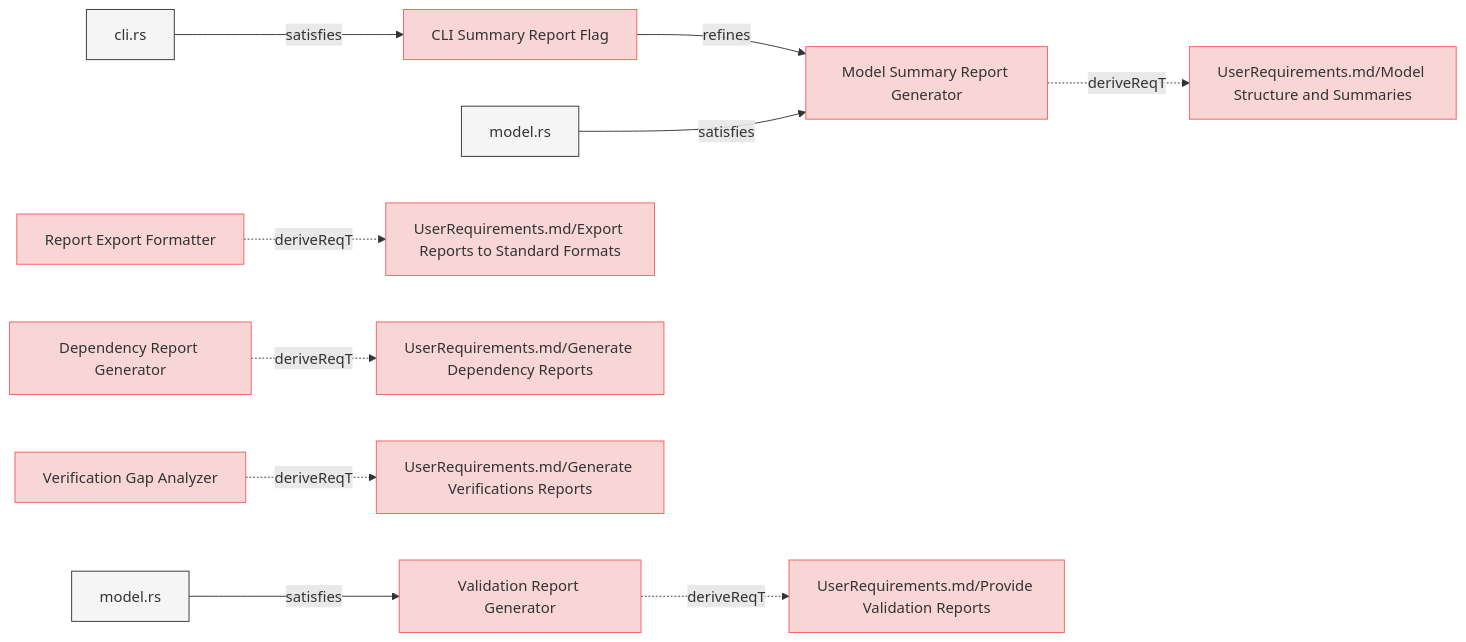
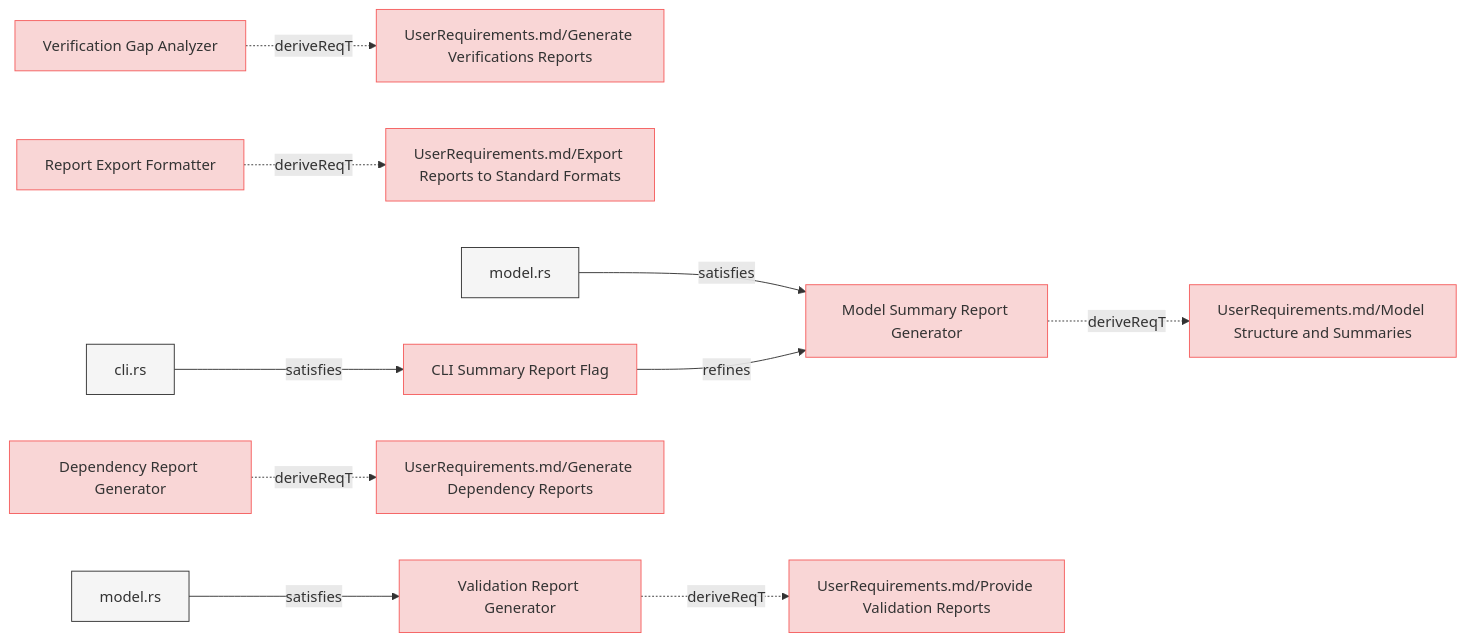
The eighth of 8 diagrams in specifications/SystemRequirements/Requirements.md (reqvire-org/reqvire), drawn with Mermaid before and after one commit. The commit also changed other lines of this file and 14 other files, not shown here.

Commit message:
Diagram fixes

````diff
--- a/specifications/SystemRequirements/Requirements.md
+++ b/specifications/SystemRequirements/Requirements.md
@@ -980,60 +980,60 @@
 ```mermaid
 graph LR;
   %% Graph styling
   classDef requirement fill:#f9d6d6,stroke:#f55f5f,stroke-width:1px;
   classDef verification fill:#d6f9d6,stroke:#5fd75f,stroke-width:1px;
   classDef externalLink fill:#d0e0ff,stroke:#3080ff,stroke-width:1px;
   classDef default fill:#f5f5f5,stroke:#333333,stroke-width:1px;
 
+  d842bc0e30a46408["Verification Gap Analyzer"];
+  click d842bc0e30a46408 "Requirements.md#verification-gap-analyzer";
+  class d842bc0e30a46408 requirement;
+  d0e9e8d143493413["UserRequirements.md/Generate Verifications Reports"];
+  class d0e9e8d143493413 requirement;
+  click d0e9e8d143493413 "../UserRequirements.md#generate-verifications-reports";
+  d842bc0e30a46408 -.->|deriveReqT| d0e9e8d143493413;
+  2ccb7e551054d40a["Report Export Formatter"];
+  click 2ccb7e551054d40a "Requirements.md#report-export-formatter";
+  class 2ccb7e551054d40a requirement;
+  2afa7f3a206a61b7["UserRequirements.md/Export Reports to Standard Formats"];
+  class 2afa7f3a206a61b7 requirement;
+  click 2afa7f3a206a61b7 "../UserRequirements.md#export-reports-to-standard-formats";
+  2ccb7e551054d40a -.->|deriveReqT| 2afa7f3a206a61b7;
+  cccd4e46e2b3239a["Model Summary Report Generator"];
+  click cccd4e46e2b3239a "Requirements.md#model-summary-report-generator";
+  class cccd4e46e2b3239a requirement;
+  b342220e0dc8751d["UserRequirements.md/Model Structure and Summaries"];
+  class b342220e0dc8751d requirement;
+  click b342220e0dc8751d "../UserRequirements.md#model-structure-and-summaries";
+  cccd4e46e2b3239a -.->|deriveReqT| b342220e0dc8751d;
+  6292255058880ee6["model.rs"];
+  class 6292255058880ee6 default;
+  click 6292255058880ee6 "../../core/src/reports.rs";
+  6292255058880ee6 -->|satisfies| cccd4e46e2b3239a;
   6f86272134897867["CLI Summary Report Flag"];
   click 6f86272134897867 "Requirements.md#cli-summary-report-flag";
   class 6f86272134897867 requirement;
-  cccd4e46e2b3239a["Model Summary Report Generator"];
-  class cccd4e46e2b3239a requirement;
-  click cccd4e46e2b3239a "Requirements.md#model-summary-report-generator";
   6f86272134897867 -->|refines| cccd4e46e2b3239a;
   11ffc4632afd7c4c["cli.rs"];
   class 11ffc4632afd7c4c default;
   click 11ffc4632afd7c4c "../../cli/src/cli.rs";
   11ffc4632afd7c4c -->|satisfies| 6f86272134897867;
+  57cbef16c5d7a81d["Dependency Report Generator"];
+  click 57cbef16c5d7a81d "Requirements.md#dependency-report-generator";
+  class 57cbef16c5d7a81d requirement;
+  812d42f453051272["UserRequirements.md/Generate Dependency Reports"];
+  class 812d42f453051272 requirement;
+  click 812d42f453051272 "../UserRequirements.md#generate-dependency-reports";
+  57cbef16c5d7a81d -.->|deriveReqT| 812d42f453051272;
   143766be8cc41384["Validation Report Generator"];
   click 143766be8cc41384 "Requirements.md#validation-report-generator";
   class 143766be8cc41384 requirement;
   482c757913204fb8["UserRequirements.md/Provide Validation Reports"];
   class 482c757913204fb8 requirement;
   click 482c757913204fb8 "../UserRequirements.md#provide-validation-reports";
   143766be8cc41384 -.->|deriveReqT| 482c757913204fb8;
   6136c216c9f80165["model.rs"];
   class 6136c216c9f80165 default;
   click 6136c216c9f80165 "../../core/src/model.rs";
   6136c216c9f80165 -->|satisfies| 143766be8cc41384;
-  2ccb7e551054d40a["Report Export Formatter"];
-  click 2ccb7e551054d40a "Requirements.md#report-export-formatter";
-  class 2ccb7e551054d40a requirement;
-  2afa7f3a206a61b7["UserRequirements.md/Export Reports to Standard Formats"];
-  class 2afa7f3a206a61b7 requirement;
-  click 2afa7f3a206a61b7 "../UserRequirements.md#export-reports-to-standard-formats";
-  2ccb7e551054d40a -.->|deriveReqT| 2afa7f3a206a61b7;
-  57cbef16c5d7a81d["Dependency Report Generator"];
-  click 57cbef16c5d7a81d "Requirements.md#dependency-report-generator";
-  class 57cbef16c5d7a81d requirement;
-  812d42f453051272["UserRequirements.md/Generate Dependency Reports"];
-  class 812d42f453051272 requirement;
-  click 812d42f453051272 "../UserRequirements.md#generate-dependency-reports";
-  57cbef16c5d7a81d -.->|deriveReqT| 812d42f453051272;
-  d842bc0e30a46408["Verification Gap Analyzer"];
-  click d842bc0e30a46408 "Requirements.md#verification-gap-analyzer";
-  class d842bc0e30a46408 requirement;
-  d0e9e8d143493413["UserRequirements.md/Generate Verifications Reports"];
-  class d0e9e8d143493413 requirement;
-  click d0e9e8d143493413 "../UserRequirements.md#generate-verifications-reports";
-  d842bc0e30a46408 -.->|deriveReqT| d0e9e8d143493413;
-  b342220e0dc8751d["UserRequirements.md/Model Structure and Summaries"];
-  class b342220e0dc8751d requirement;
-  click b342220e0dc8751d "../UserRequirements.md#model-structure-and-summaries";
-  cccd4e46e2b3239a -.->|deriveReqT| b342220e0dc8751d;
-  6292255058880ee6["model.rs"];
-  class 6292255058880ee6 default;
-  click 6292255058880ee6 "../../core/src/reports.rs";
-  6292255058880ee6 -->|satisfies| cccd4e46e2b3239a;
 ```
````
